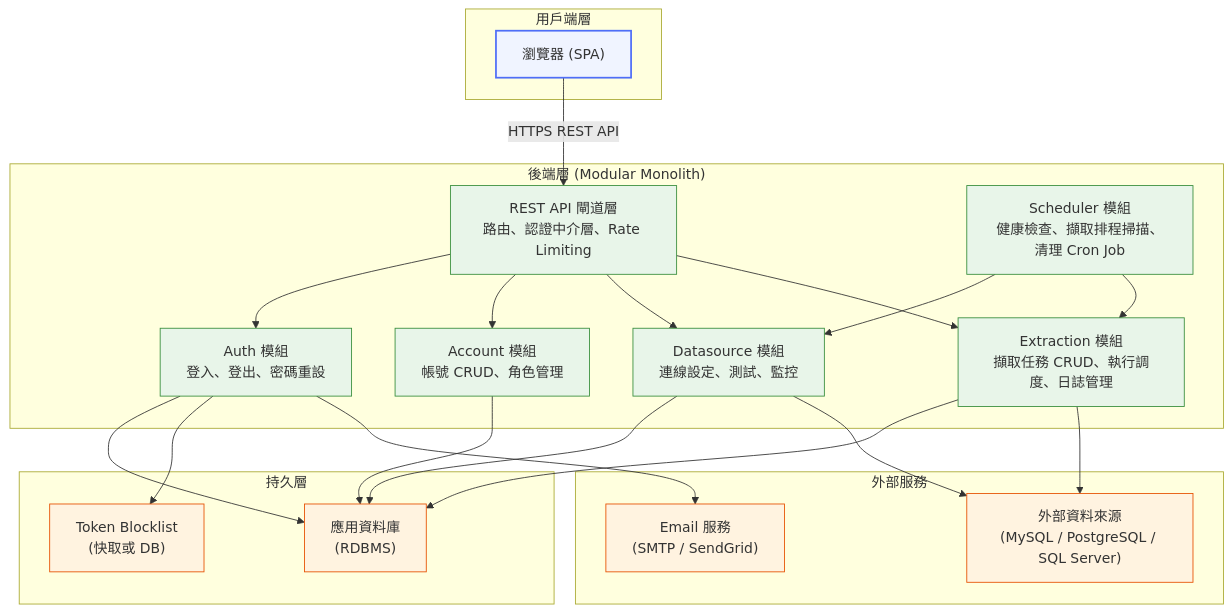
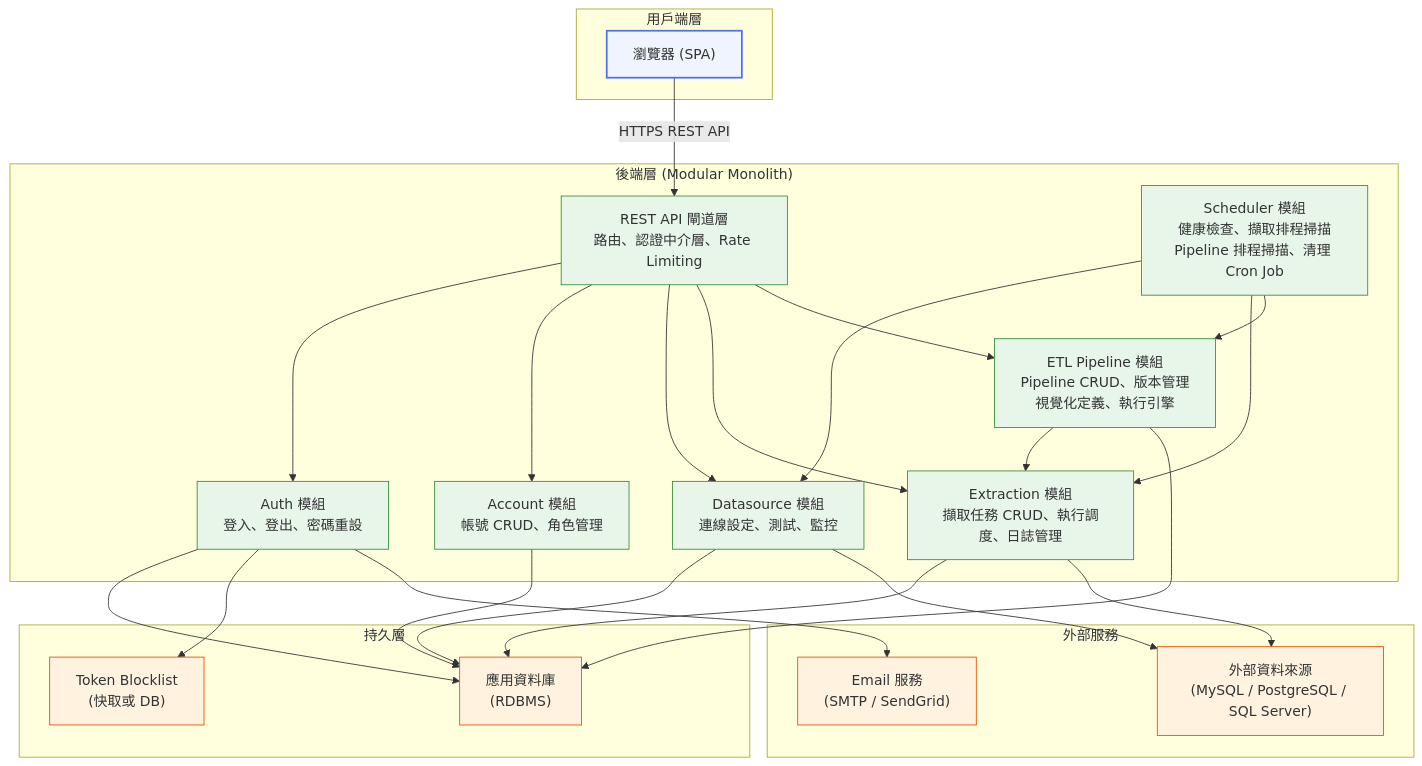
One commit to wisewhalesoft/cdmp-mvp changed the first of 13 diagrams in docs/specs/architecture-spec.md. Above: the diagram before and after it, drawn with Mermaid. The commit also changed other lines of this file, not shown here.

Commit message:
docs(specs): 更新架構規格書以納入 E05 ETL Pipeline 架構設計（v1.3）

````diff
--- a/docs/specs/architecture-spec.md
+++ b/docs/specs/architecture-spec.md
@@ -42,48 +42,53 @@
 ```mermaid
 graph TD
     subgraph 用戶端["用戶端層"]
         Browser["瀏覽器 (SPA)"]
     end
 
     subgraph 後端["後端層 (Modular Monolith)"]
         API["REST API 閘道層<br/>路由、認證中介層、Rate Limiting"]
         AuthMod["Auth 模組<br/>登入、登出、密碼重設"]
         AccountMod["Account 模組<br/>帳號 CRUD、角色管理"]
         DatasourceMod["Datasource 模組<br/>連線設定、測試、監控"]
         ExtractionMod["Extraction 模組<br/>擷取任務 CRUD、執行調度、日誌管理"]
-        Scheduler["Scheduler 模組<br/>健康檢查、擷取排程掃描、清理 Cron Job"]
+        ETLMod["ETL Pipeline 模組<br/>Pipeline CRUD、版本管理<br/>視覺化定義、執行引擎"]
+        Scheduler["Scheduler 模組<br/>健康檢查、擷取排程掃描<br/>Pipeline 排程掃描、清理 Cron Job"]
     end
 
     subgraph 持久層["持久層"]
         AppDB["應用資料庫<br/>(RDBMS)"]
         TokenStore["Token Blocklist<br/>(快取或 DB)"]
     end
 
     subgraph 外部["外部服務"]
         Email["Email 服務<br/>(SMTP / SendGrid)"]
         TargetDB["外部資料來源<br/>(MySQL / PostgreSQL / SQL Server)"]
     end
 
     Browser -->|"HTTPS REST API"| API
     API --> AuthMod
     API --> AccountMod
     API --> DatasourceMod
     API --> ExtractionMod
+    API --> ETLMod
     Scheduler --> DatasourceMod
     Scheduler --> ExtractionMod
+    Scheduler --> ETLMod
+    ETLMod --> ExtractionMod
     AuthMod --> AppDB
     AuthMod --> TokenStore
     AuthMod --> Email
     AccountMod --> AppDB
     DatasourceMod --> AppDB
     DatasourceMod --> TargetDB
     ExtractionMod --> AppDB
     ExtractionMod --> TargetDB
+    ETLMod --> AppDB
 
     classDef layer fill:#f0f4ff,stroke:#4f6ef7,stroke-width:2px
     classDef module fill:#e8f5e9,stroke:#388e3c,stroke-width:1px
     classDef external fill:#fff3e0,stroke:#e65100,stroke-width:1px
     class Browser layer
-    class API,AuthMod,AccountMod,DatasourceMod,ExtractionMod,Scheduler module
+    class API,AuthMod,AccountMod,DatasourceMod,ExtractionMod,ETLMod,Scheduler module
     class Email,TargetDB,AppDB,TokenStore external
 ```
````
